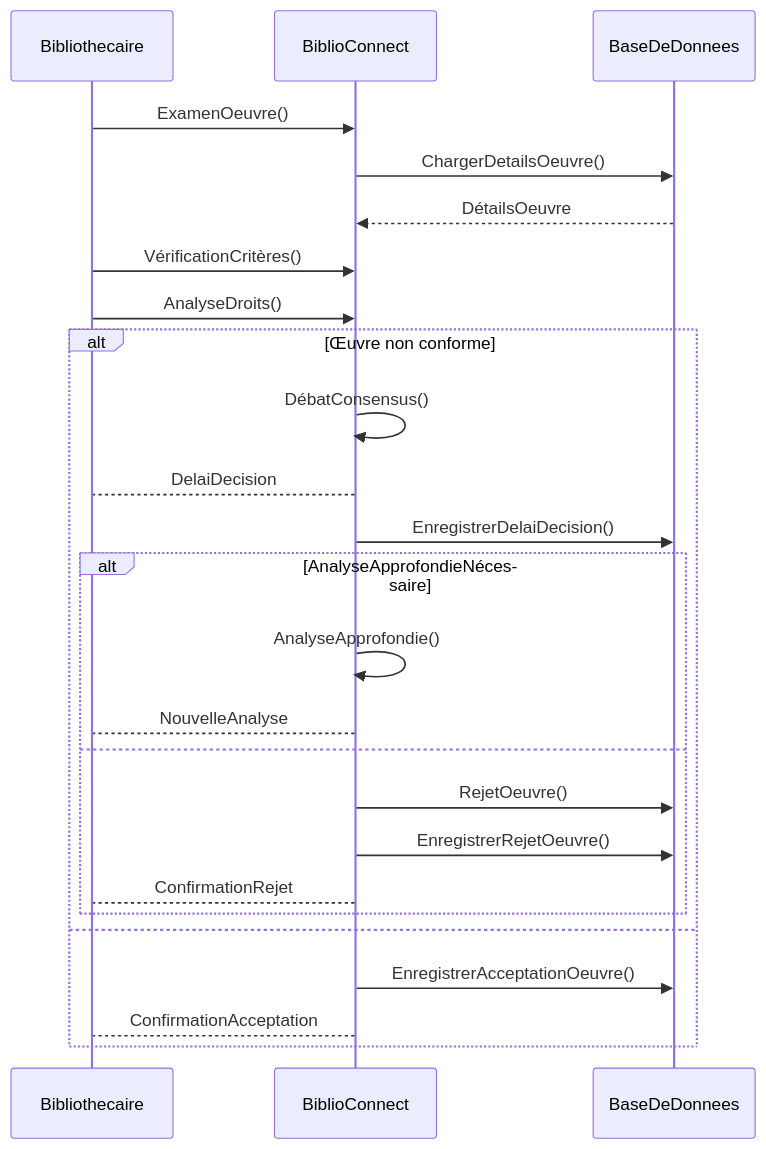
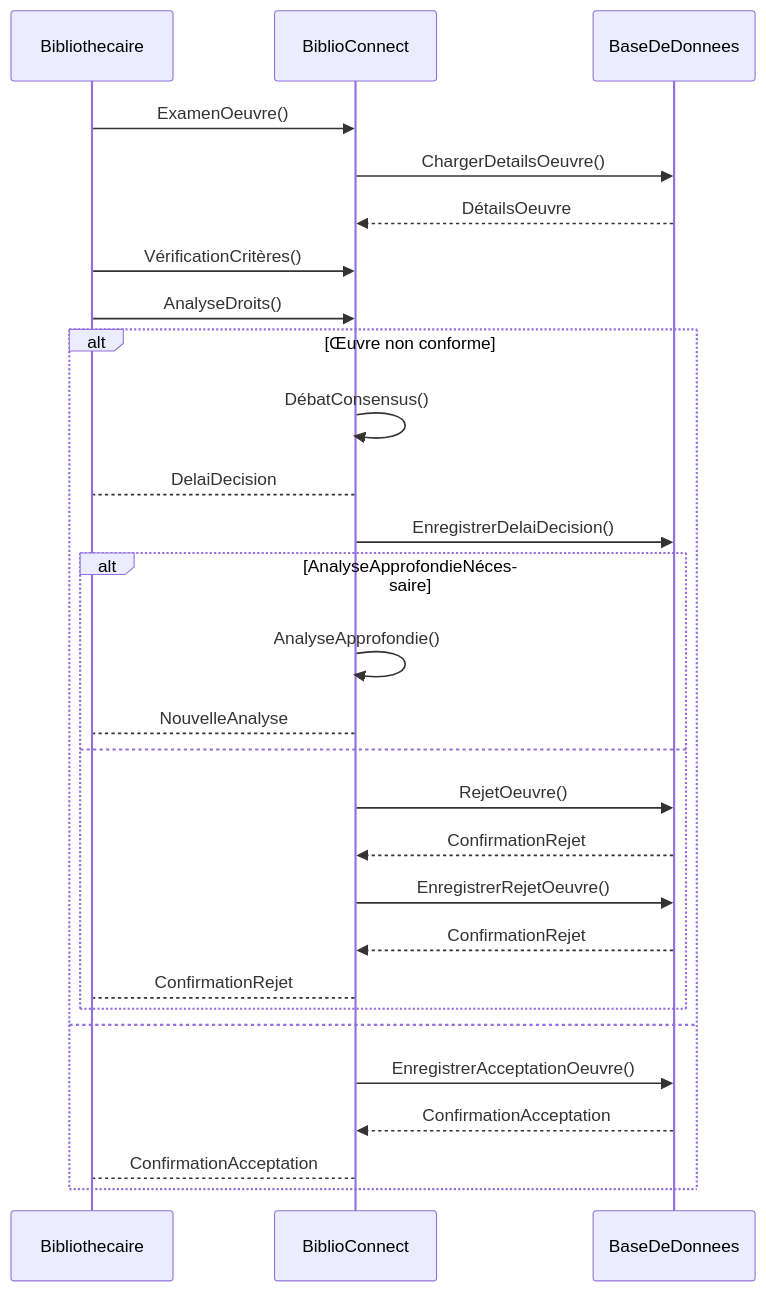
Before and after one commit to nico30so/codemasters: the second of 3 diagrams in Scenarios/S4/S4.md, drawn with Mermaid.

````diff
--- a/Scenarios/S4/S4.md
+++ b/Scenarios/S4/S4.md
@@ -61,31 +61,34 @@
 ```mermaid
 sequenceDiagram
     participant Bibliothecaire
     participant BiblioConnect
     participant BaseDeDonnees
 
     Bibliothecaire ->> BiblioConnect: ExamenOeuvre()
     BiblioConnect ->> BaseDeDonnees: ChargerDetailsOeuvre()
     BaseDeDonnees -->> BiblioConnect: DétailsOeuvre
 
     Bibliothecaire ->> BiblioConnect: VérificationCritères()
     Bibliothecaire ->> BiblioConnect: AnalyseDroits()
 
     alt Œuvre non conforme
         BiblioConnect ->> BiblioConnect: DébatConsensus()
         BiblioConnect --> Bibliothecaire: DelaiDecision
         BiblioConnect ->> BaseDeDonnees: EnregistrerDelaiDecision()
   
         alt AnalyseApprofondieNécessaire
             BiblioConnect ->> BiblioConnect: AnalyseApprofondie()
             BiblioConnect --> Bibliothecaire: NouvelleAnalyse
         else
             BiblioConnect ->> BaseDeDonnees: RejetOeuvre()
+            BaseDeDonnees -->> BiblioConnect: ConfirmationRejet
             BiblioConnect ->> BaseDeDonnees: EnregistrerRejetOeuvre()
+            BaseDeDonnees -->> BiblioConnect: ConfirmationRejet
             BiblioConnect --> Bibliothecaire: ConfirmationRejet
         end
     else
         BiblioConnect ->> BaseDeDonnees: EnregistrerAcceptationOeuvre()
+        BaseDeDonnees -->> BiblioConnect: ConfirmationAcceptation
         BiblioConnect --> Bibliothecaire: ConfirmationAcceptation
     end
 ```
````
